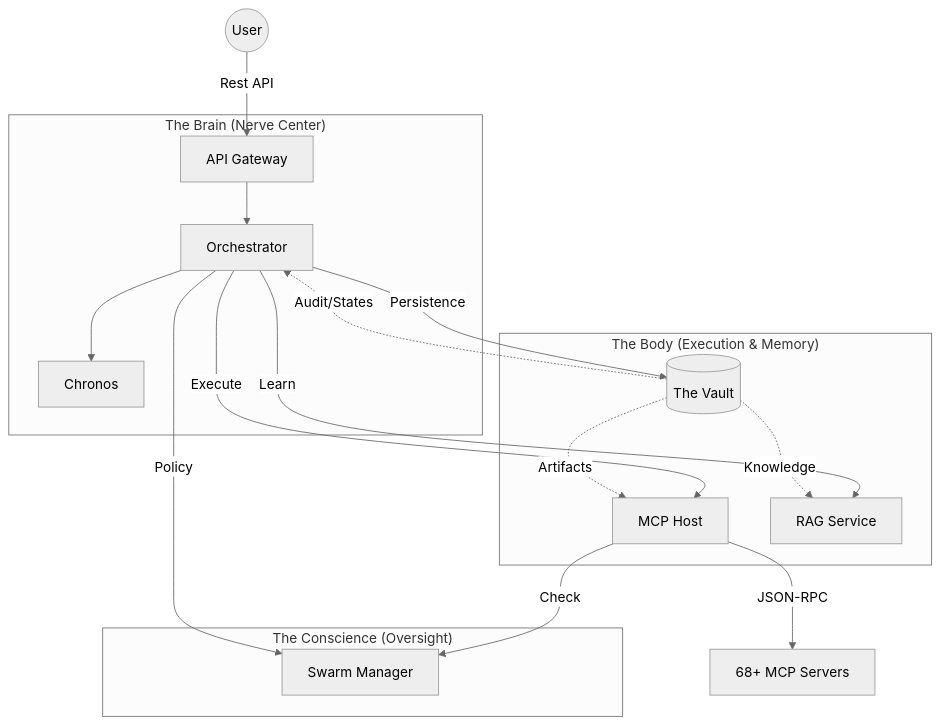
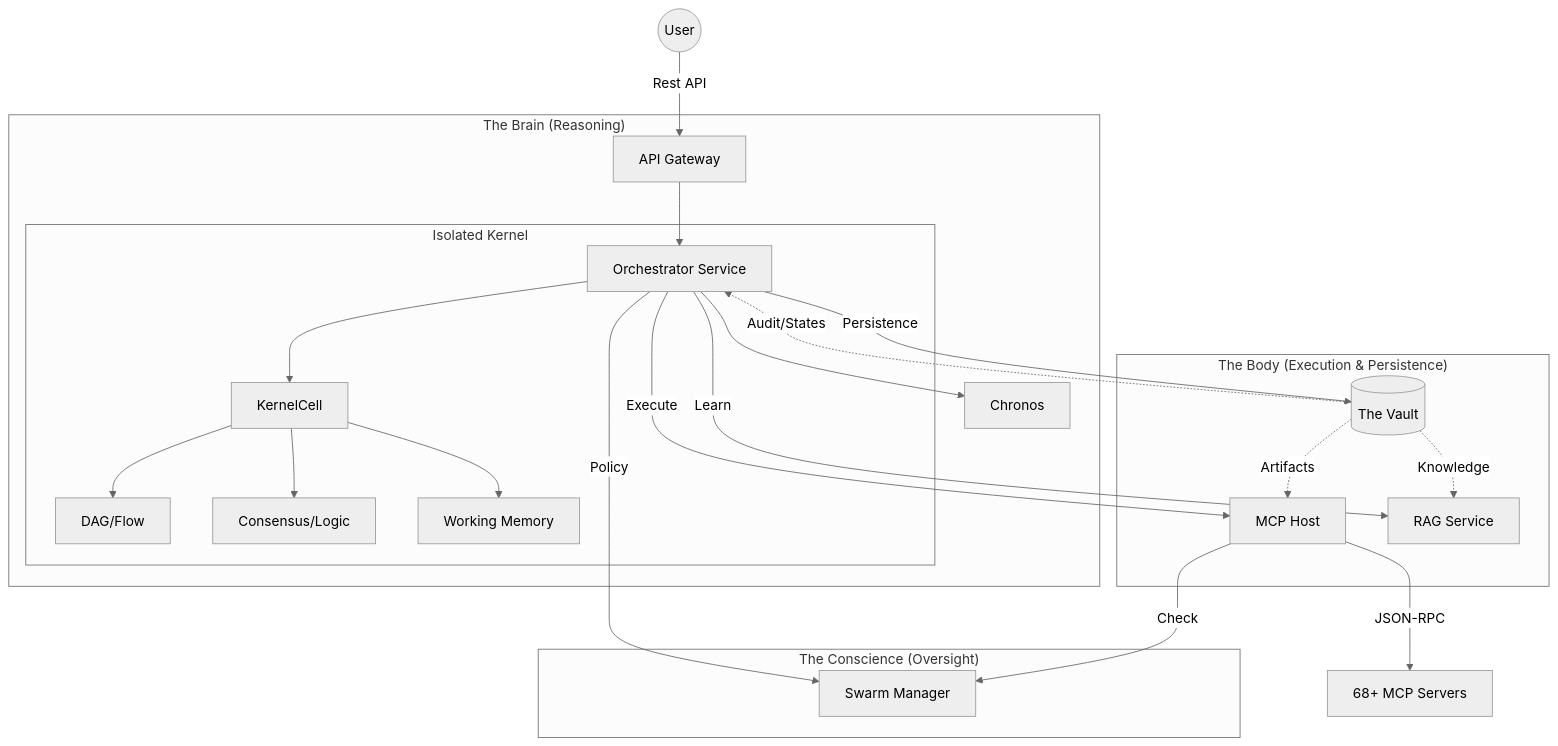
One commit to azzindani/Kea changed the diagram in README.md. Above: the diagram before and after it, drawn with Mermaid (neutral theme). The commit also changed other lines of this file and 60 other files, not shown here.

````diff
--- a/README.md
+++ b/README.md
@@ -28,27 +28,33 @@
 ```mermaid
 graph TD
     User((User)) -->|Rest API| Gateway[API Gateway]
     
-    subgraph "The Brain (Nerve Center)"
-        Gateway --> Orchestrator[Orchestrator]
+    subgraph "The Brain (Reasoning)"
+        Gateway --> Orchestrator[Orchestrator Service]
+        subgraph Kernel [Isolated Kernel]
+            Orchestrator --> Cell[KernelCell]
+            Cell --> Flow[DAG/Flow]
+            Cell --> Logic[Consensus/Logic]
+            Cell --> Memory[Working Memory]
+        end
         Orchestrator --> Chronos[Chronos]
     end
     
-    subgraph "The Body (Execution & Memory)"
+    subgraph "The Body (Execution & Persistence)"
         Orchestrator -->|Execute| Host[MCP Host]
         Orchestrator -->|Learn| RAG[RAG Service]
         Orchestrator -->|Persistence| Vault[(The Vault)]
     end
     
     subgraph "The Conscience (Oversight)"
         Host -->|Check| Manager[Swarm Manager]
         Orchestrator -->|Policy| Manager
     end
     
     %% The Vault as Central Database
     Vault -.->|Audit/States| Orchestrator
     Vault -.->|Artifacts| Host
     Vault -.->|Knowledge| RAG
     
     Host -->|JSON-RPC| Tools[68+ MCP Servers]
 ```
````
